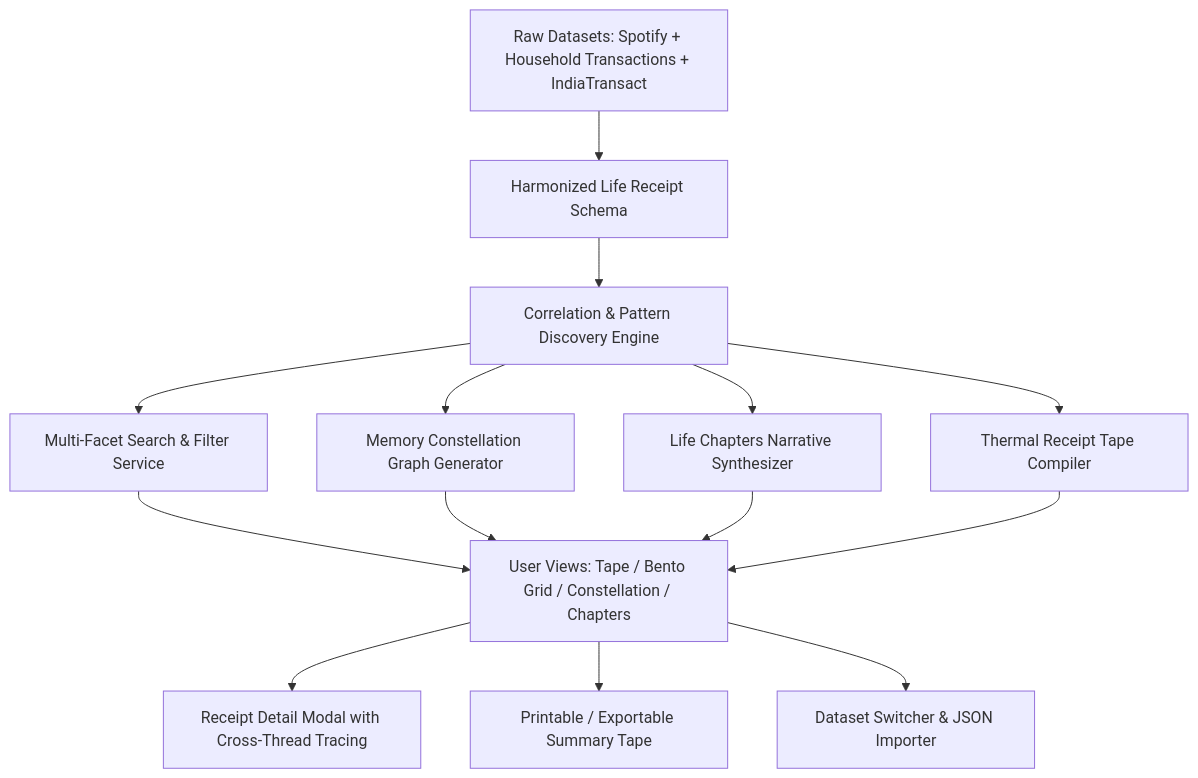
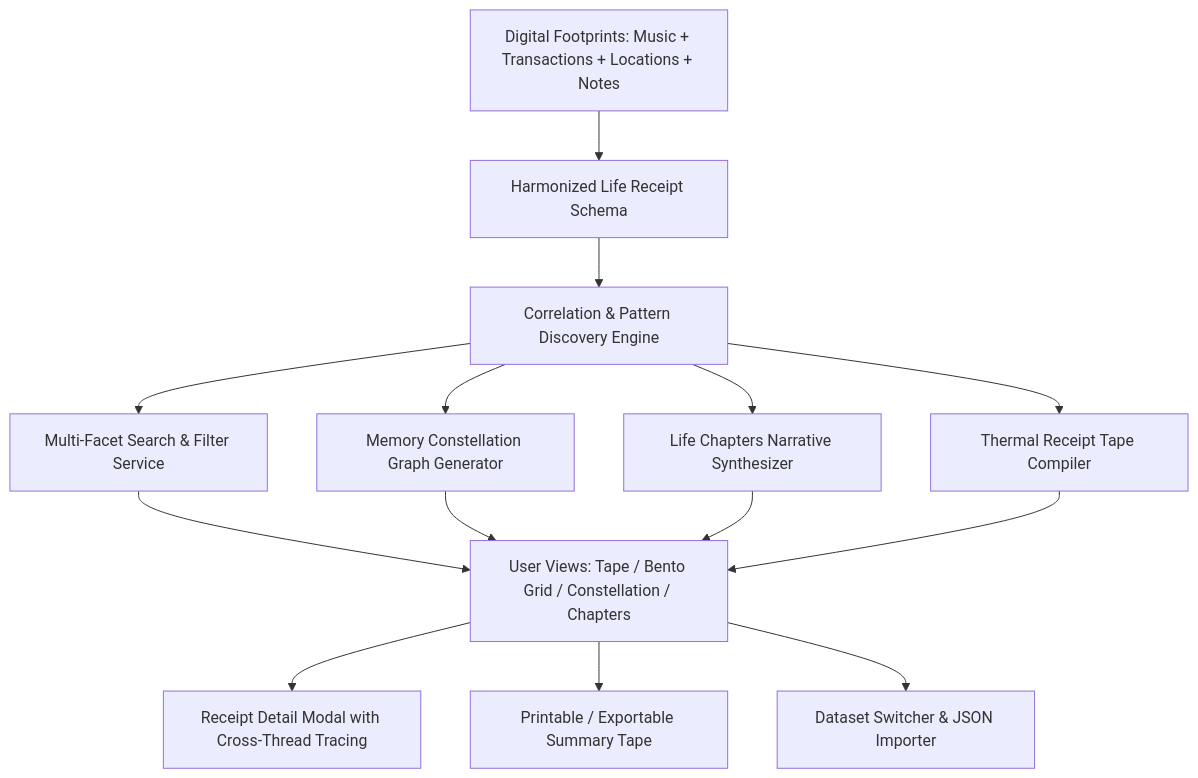
Before and after one commit to saad2134/life-receipts: the diagram in README.md, drawn with Mermaid. The commit also changed other lines of this file and 8 other files, not shown here.

````diff
--- a/README.md
+++ b/README.md
@@ -31,18 +31,18 @@
 ```mermaid
 graph TD
-    A[Raw Datasets: Spotify + Household Transactions + IndiaTransact] --> B[Harmonized Life Receipt Schema]
+    A[Digital Footprints: Music + Transactions + Locations + Notes] --> B[Harmonized Life Receipt Schema]
     B --> C[Correlation & Pattern Discovery Engine]
     C --> D[Multi-Facet Search & Filter Service]
     C --> E[Memory Constellation Graph Generator]
     C --> F[Life Chapters Narrative Synthesizer]
     C --> G[Thermal Receipt Tape Compiler]
     
     D --> H[User Views: Tape / Bento Grid / Constellation / Chapters]
     E --> H
     F --> H
     G --> H
     
     H --> I[Receipt Detail Modal with Cross-Thread Tracing]
     H --> J[Printable / Exportable Summary Tape]
     H --> K[Dataset Switcher & JSON Importer]
 ```
````
